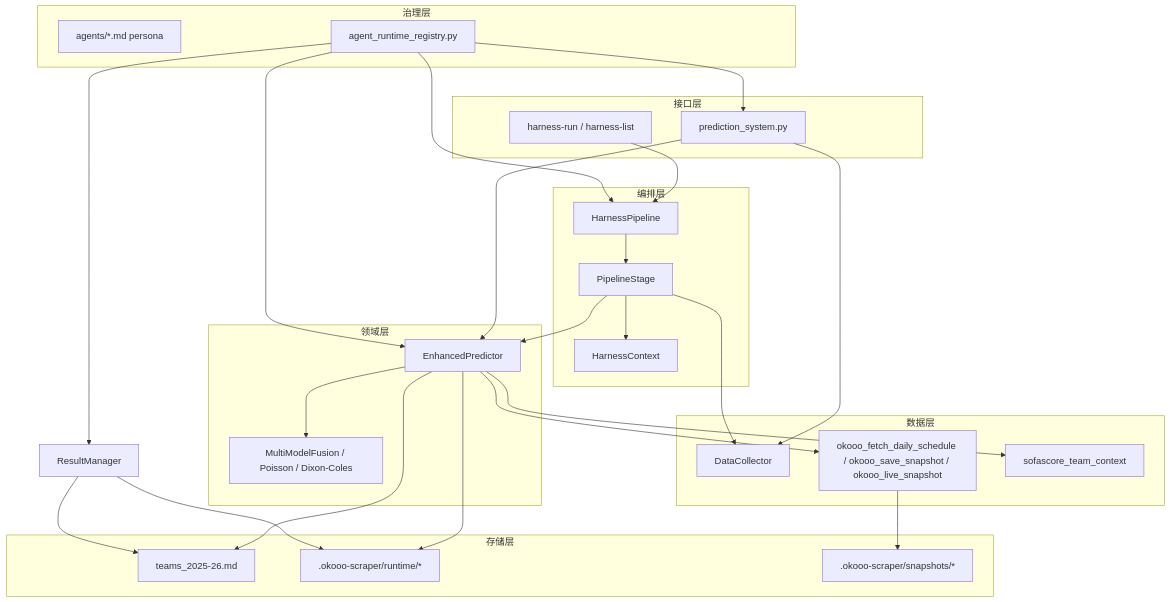
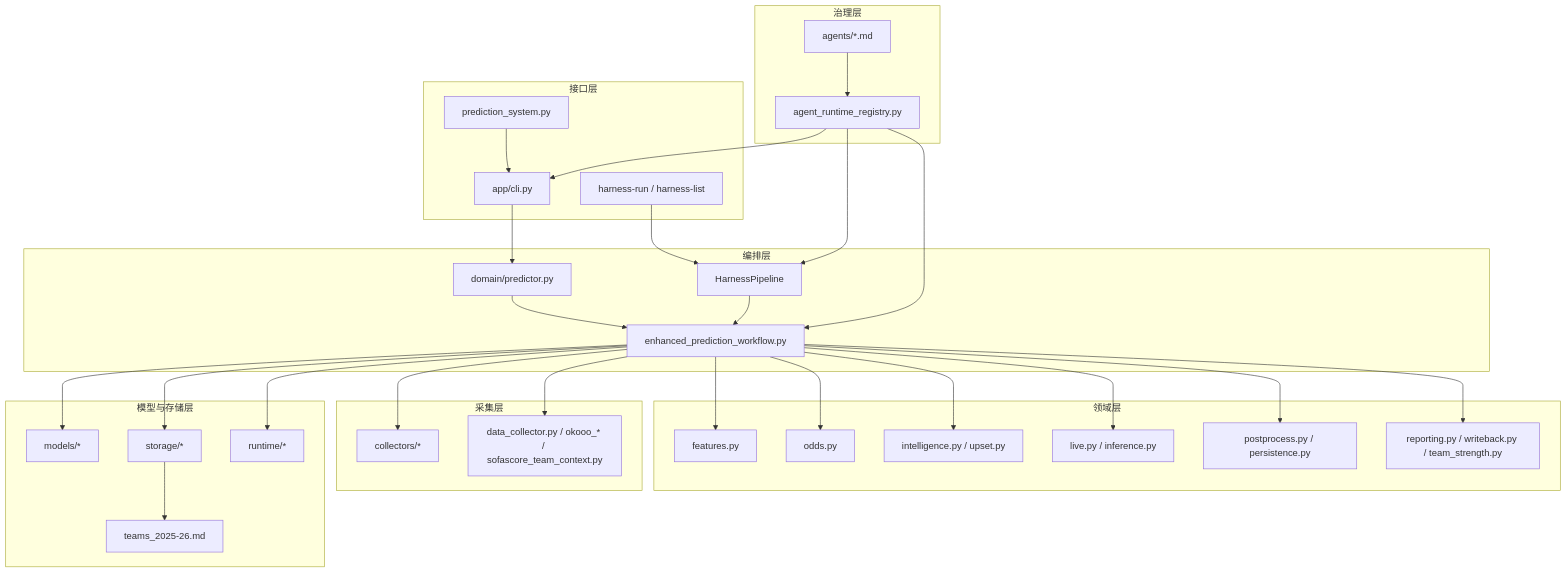
One commit to LorenJun/trae_projects changed the first of 5 diagrams in docs/architecture/europe_leagues_architecture.md. Above: the diagram before and after it, drawn with Mermaid. The commit also changed other lines of this file and 109 other files, not shown here.

````diff
--- a/docs/architecture/europe_leagues_architecture.md
+++ b/docs/architecture/europe_leagues_architecture.md
@@ -53,53 +58,60 @@
 ```mermaid
 flowchart TB
   subgraph L0[接口层]
-    CLI[prediction_system.py]
+    Compat[prediction_system.py]
+    CLI[app/cli.py]
     HarnessCLI[harness-run / harness-list]
   end
 
   subgraph L1[编排层]
+    DP[domain/predictor.py]
+    EP[enhanced_prediction_workflow.py]
     HP[HarnessPipeline]
-    ST[PipelineStage]
-    CTX[HarnessContext]
   end
 
   subgraph L2[领域层]
-    EP[EnhancedPredictor]
-    MM[MultiModelFusion / Poisson / Dixon-Coles]
+    FE[features.py]
+    OD[odds.py]
+    IN[intelligence.py / upset.py]
+    LV[live.py / inference.py]
+    PP[postprocess.py / persistence.py]
+    RP[reporting.py / writeback.py / team_strength.py]
   end
 
-  subgraph L3[数据层]
-    DC[DataCollector]
-    OK[okooo_fetch_daily_schedule / okooo_save_snapshot / okooo_live_snapshot]
-    SC[sofascore_team_context]
+  subgraph L3[采集层]
+    COL[collectors/*]
+    Legacy[data_collector.py / okooo_* / sofascore_team_context.py]
   end
 
-  subgraph L4[存储层]
+  subgraph L4[模型与存储层]
+    Models[models/*]
+    Storage[storage/*]
+    Runtime[runtime/*]
     SoT[teams_2025-26.md]
-    RT[.okooo-scraper/runtime/*]
-    SS[.okooo-scraper/snapshots/*]
   end
 
   subgraph L5[治理层]
-    PR[agents/*.md persona]
-    RR[agent_runtime_registry.py]
+    Persona[agents/*.md]
+    Registry[agent_runtime_registry.py]
   end
 
-  CLI --> EP
-  CLI --> DC
-  HarnessCLI --> HP --> ST --> CTX
-  ST --> DC
-  ST --> EP
-  EP --> MM
-  EP --> OK
-  EP --> SC
-  EP --> SoT
-  EP --> RT
-  OK --> SS
-  RR --> CLI
-  RR --> HP
-  RR --> EP
-  RR --> Result[ResultManager]
-  Result --> SoT
-  Result --> RT
+  Compat --> CLI
+  CLI --> DP --> EP
+  HarnessCLI --> HP --> EP
+  EP --> FE
+  EP --> OD
+  EP --> IN
+  EP --> LV
+  EP --> PP
+  EP --> RP
+  EP --> COL
+  EP --> Legacy
+  EP --> Models
+  EP --> Storage
+  EP --> Runtime
+  Storage --> SoT
+  Registry --> CLI
+  Registry --> HP
+  Registry --> EP
+  Persona --> Registry
 ```
````
